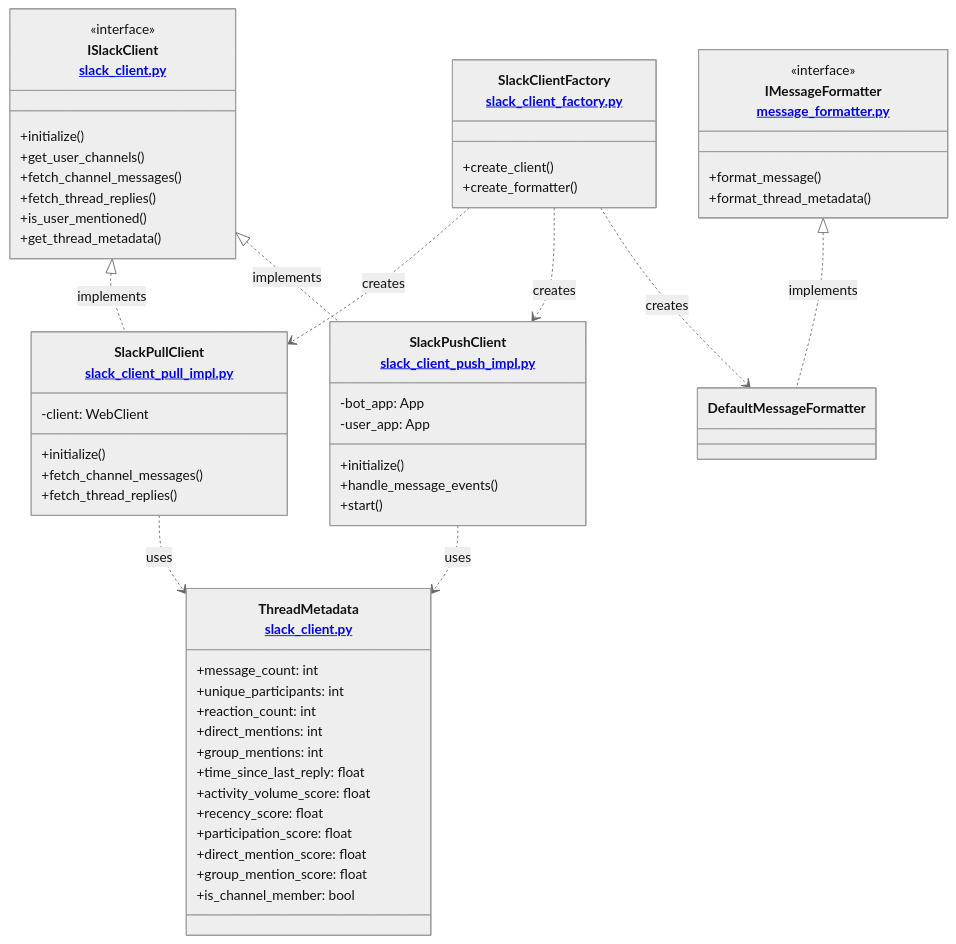
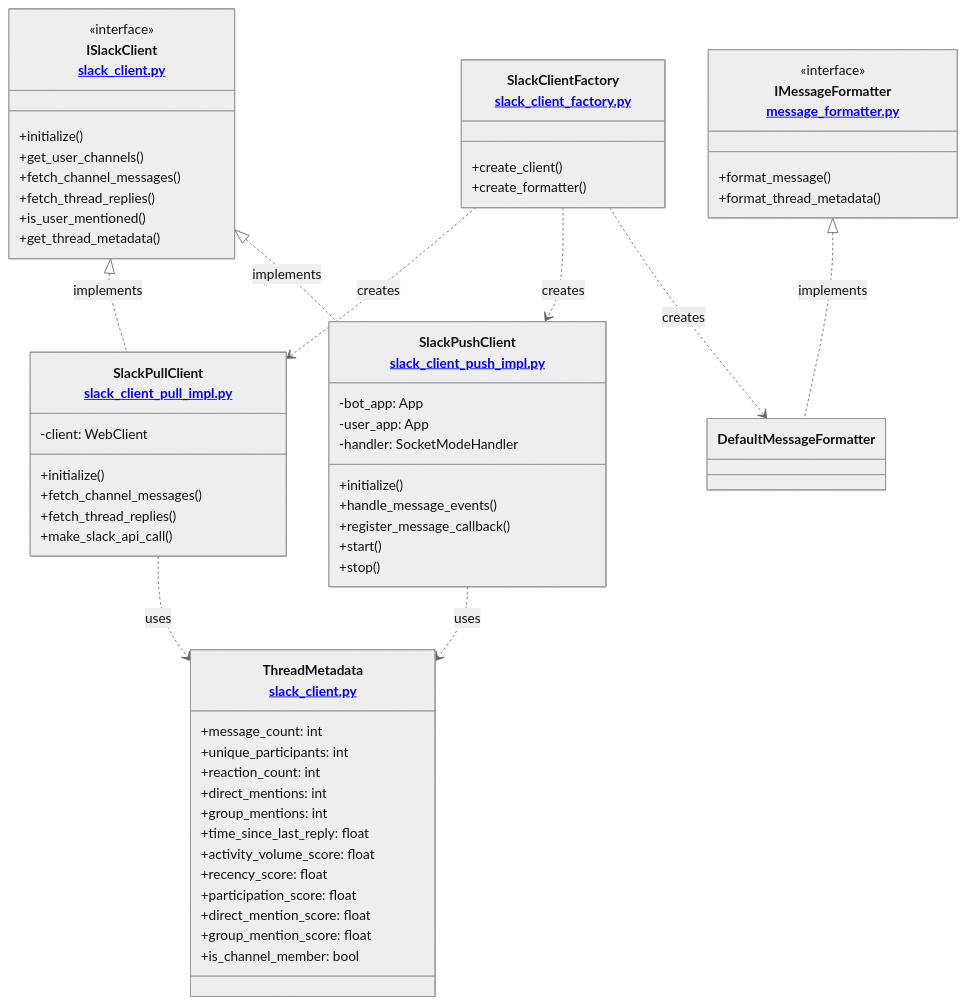
The diagram in slack/docs/slack_client.md (git-kush-origin/eventForge), drawn with Mermaid (neutral theme) before and after one commit. The commit also changed other lines of this file and 16 other files, not shown here.

````diff
--- a/slack/docs/slack_client.md
+++ b/slack/docs/slack_client.md
@@ -41,67 +60,71 @@
 ```mermaid
 classDiagram
     %% Core Interfaces
     class ISlackClient["ISlackClient<br/><a href='../slack_client.py'>slack_client.py</a>"] {
         <<interface>>
         +initialize()
         +get_user_channels()
         +fetch_channel_messages()
         +fetch_thread_replies()
         +is_user_mentioned()
         +get_thread_metadata()
     }
     
     class IMessageFormatter["IMessageFormatter<br/><a href='../message_formatter.py'>message_formatter.py</a>"] {
         <<interface>>
         +format_message()
         +format_thread_metadata()
     }
 
     %% Data Classes
     class ThreadMetadata["ThreadMetadata<br/><a href='../slack_client.py'>slack_client.py</a>"] {
         +message_count: int
         +unique_participants: int
         +reaction_count: int
         +direct_mentions: int
         +group_mentions: int
         +time_since_last_reply: float
         +activity_volume_score: float
         +recency_score: float
         +participation_score: float
         +direct_mention_score: float
         +group_mention_score: float
         +is_channel_member: bool
     }
 
     %% Implementations
     class SlackPullClient["SlackPullClient<br/><a href='../slack_client_pull_impl.py'>slack_client_pull_impl.py</a>"] {
         -client: WebClient
         +initialize()
         +fetch_channel_messages()
         +fetch_thread_replies()
+        +make_slack_api_call()
     }
 
     class SlackPushClient["SlackPushClient<br/><a href='../slack_client_push_impl.py'>slack_client_push_impl.py</a>"] {
         -bot_app: App
         -user_app: App
+        -handler: SocketModeHandler
         +initialize()
         +handle_message_events()
+        +register_message_callback()
         +start()
+        +stop()
     }
 
     %% Factory
     class SlackClientFactory["SlackClientFactory<br/><a href='../slack_client_factory.py'>slack_client_factory.py</a>"] {
         +create_client()
         +create_formatter()
     }
 
     %% Relationships
     ISlackClient <|.. SlackPullClient : implements
     ISlackClient <|.. SlackPushClient : implements
     IMessageFormatter <|.. DefaultMessageFormatter : implements
     SlackClientFactory ..> SlackPullClient : creates
     SlackClientFactory ..> SlackPushClient : creates
     SlackClientFactory ..> DefaultMessageFormatter : creates
     SlackPullClient ..> ThreadMetadata : uses
     SlackPushClient ..> ThreadMetadata : uses
 ```
````
